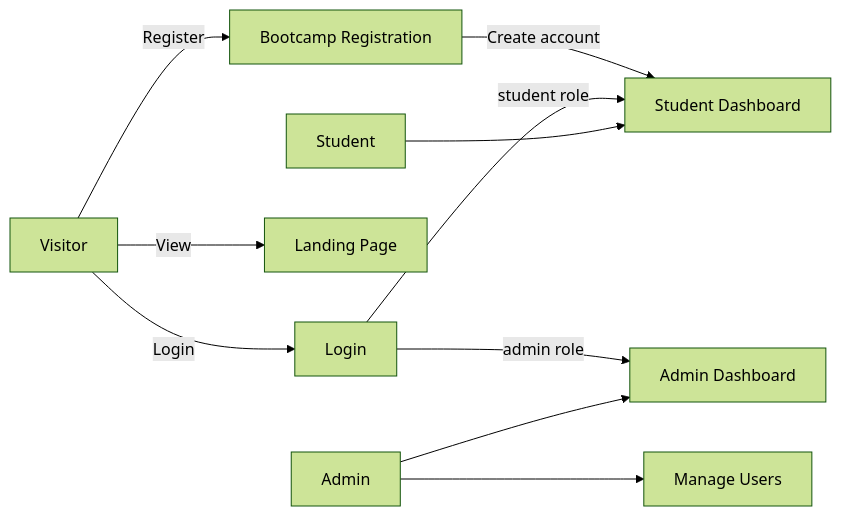
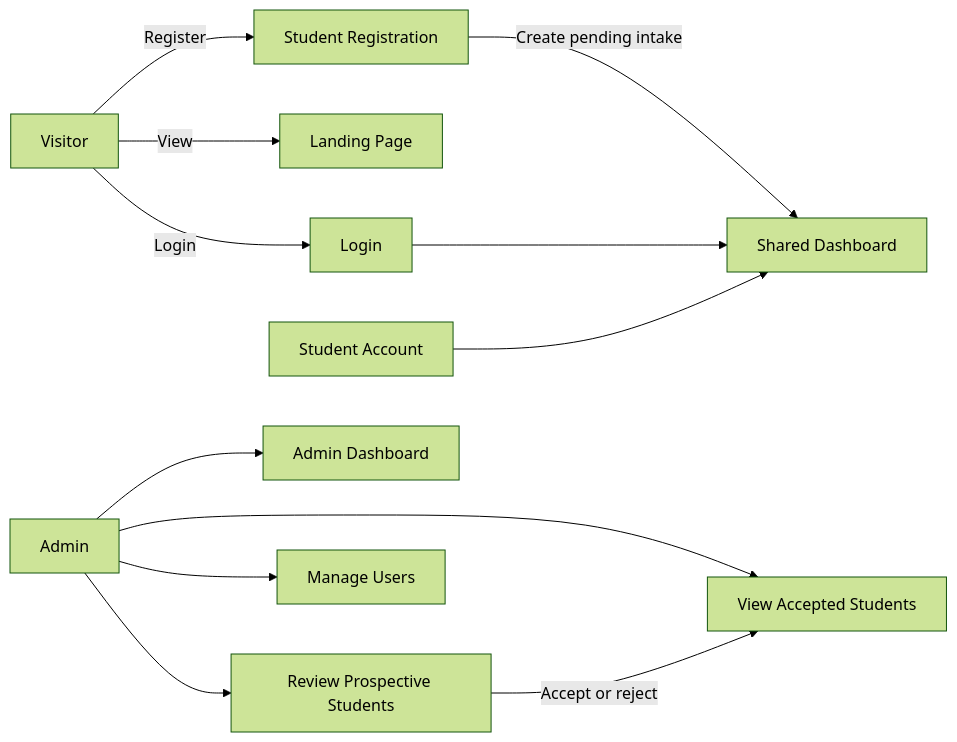
The diagram in docs/design-system-uml/use-case.md (lutfiangga/nuwaira-web), drawn with Mermaid (forest theme) before and after one commit. The commit also changed 40 other files, not shown here.

Commit message:
add registration student

````diff
--- a/docs/design-system-uml/use-case.md
+++ b/docs/design-system-uml/use-case.md
@@ -3,18 +3,20 @@
 ```mermaid
 flowchart LR
   Visitor["Visitor"]
-  Student["Student"]
+  Student["Student Account"]
   Admin["Admin"]
 
   Visitor -->|"View"| Landing["Landing Page"]
-  Visitor -->|"Register"| Register["Bootcamp Registration"]
+  Visitor -->|"Register"| Register["Student Registration"]
   Visitor -->|"Login"| Login["Login"]
 
-  Register -->|"Create account"| StudentDashboard["Student Dashboard"]
-  Login -->|"student role"| StudentDashboard
-  Login -->|"admin role"| AdminDashboard["Admin Dashboard"]
+  Register -->|"Create pending intake"| Dashboard["Shared Dashboard"]
+  Login --> Dashboard
 
-  Admin --> AdminDashboard
+  Admin --> AdminDashboard["Admin Dashboard"]
+  Admin --> Prospects["Review Prospective Students"]
+  Admin --> Students["View Accepted Students"]
   Admin --> Users["Manage Users"]
-  Student --> StudentDashboard
+  Prospects -->|"Accept or reject"| Students
+  Student --> Dashboard
 ```
````
